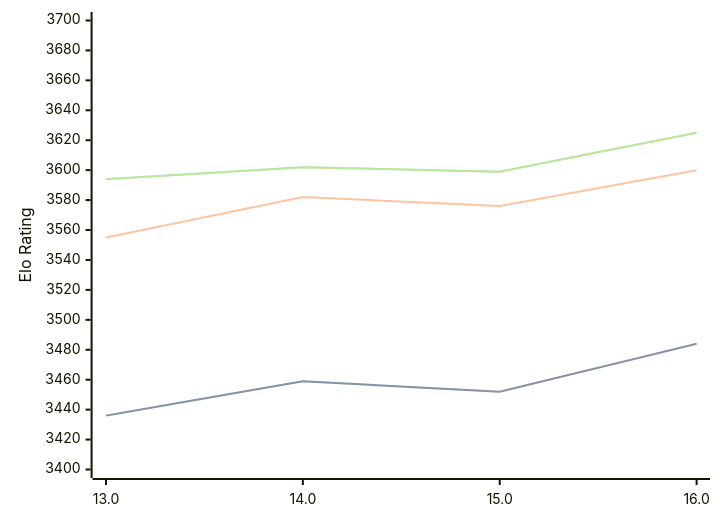
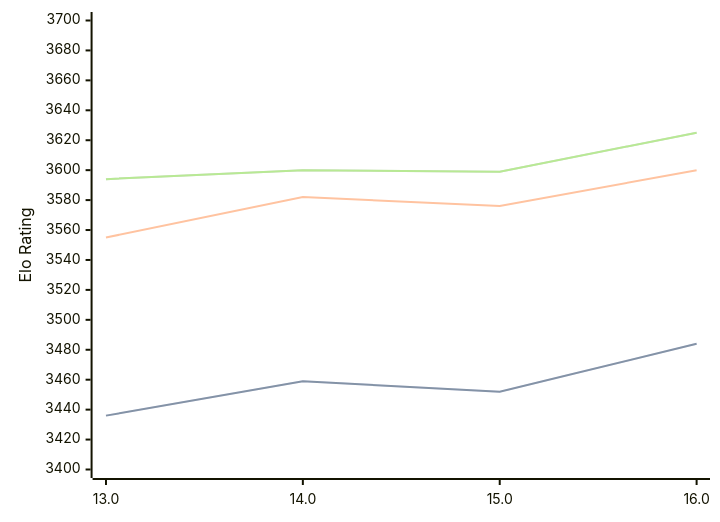
One commit to computer-chess-index/cci changed the diagram in engines/Obsidian.md. Above: the diagram before and after it, drawn with Mermaid. The commit also changed other lines of this file, not shown here.

Commit message:
Update CCI Ratings (ELO VLTC) - 2026-02-25

````diff
--- a/engines/Obsidian.md
+++ b/engines/Obsidian.md
@@ -41,11 +41,11 @@
 ```mermaid
 %%{init: {"theme":"base","themeVariables":{"seriesColors:['#a3a3a3','#222221','#faa371']}}}%%
 xychart-beta
   x-axis ["13.0", "14.0", "15.0", "16.0"]
   y-axis "Elo Rating" 3400 --> 3700
   line "STC (8.0+0.08s)" [3436, 3459, 3452, 3484]
   line "STC (8.0+0.08s)" [3436, 3459, 3452, 3484]
   line "LTC (60.0+0.60s)" [3555, 3582, 3576, 3600]
-  line "VLTC (2m24s+1.12s)" [3594, 3602, 3599, 3625]
-  line "VLTC (2m24s+1.12s)" [3594, 3602, 3599, 3625]
+  line "VLTC (2m24s+1.12s)" [3594, 3600, 3599, 3625]
+  line "VLTC (2m24s+1.12s)" [3594, 3600, 3599, 3625]
 ```
````
